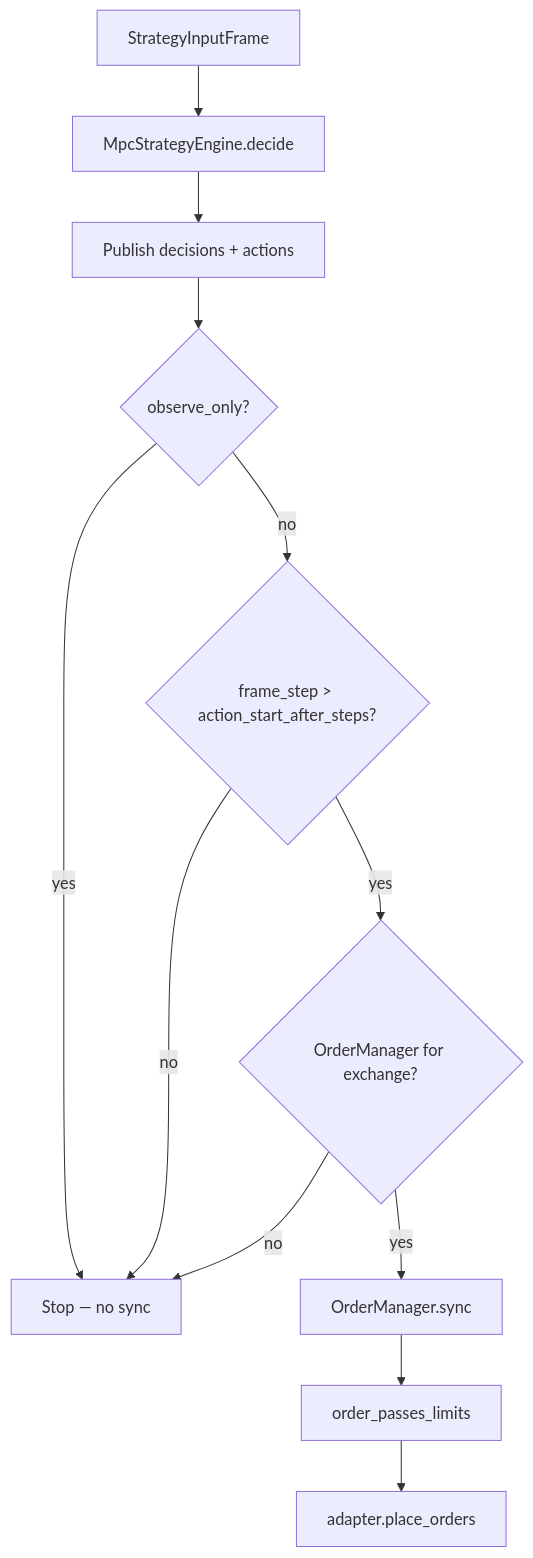
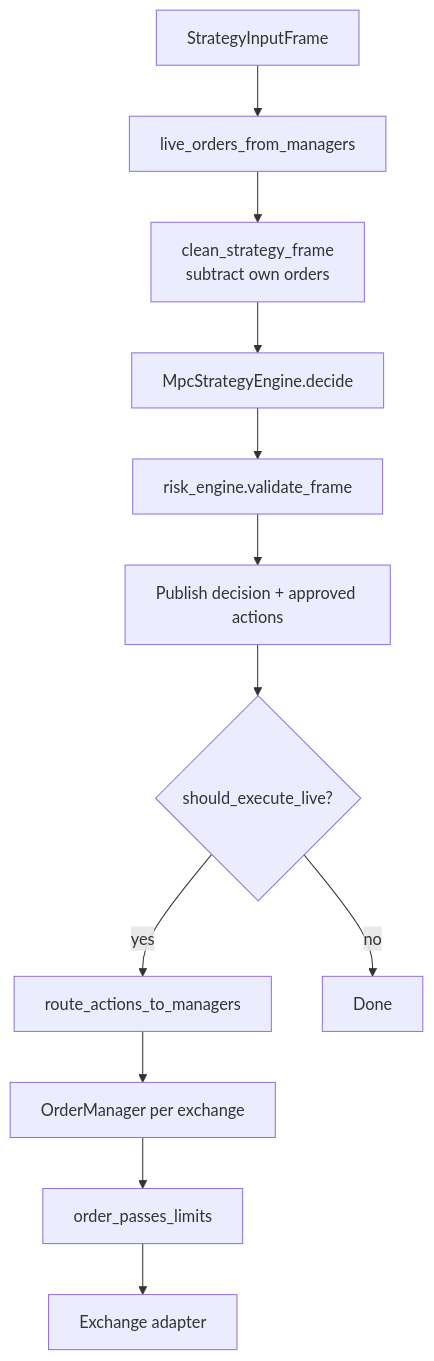
Before and after one commit to golipour/market-maker: the diagram in docs/controller-and-execution.md, drawn with Mermaid. The commit also changed other lines of this file and 26 other files, not shown here.

First line of the commit message:
Refactor market-making architecture to consolidate strategy execution and enhance risk management

````diff
--- a/docs/controller-and-execution.md
+++ b/docs/controller-and-execution.md
@@ -14,14 +7,14 @@
 ```mermaid
 flowchart TD
-  F[StrategyInputFrame] --> D[MpcStrategyEngine.decide]
-  D --> P[Publish decisions + actions]
-  P --> G1{observe_only?}
-  G1 -->|yes| X[Stop — no sync]
-  G1 -->|no| G2{frame_step > action_start_after_steps?}
-  G2 -->|no| X
-  G2 -->|yes| G3{OrderManager for exchange?}
-  G3 -->|no| X
-  G3 -->|yes| S[OrderManager.sync]
-  S --> V[order_passes_limits]
-  V --> A[adapter.place_orders]
+  F[StrategyInputFrame] --> O[live_orders_from_managers]
+  O --> C[clean_strategy_frame<br/>subtract own orders]
+  C --> D[MpcStrategyEngine.decide]
+  D --> R[risk_engine.validate_frame]
+  R --> P[Publish decision + approved actions]
+  P --> G{should_execute_live?}
+  G -->|yes| S[route_actions_to_managers]
+  G -->|no| X[Done]
+  S --> OM[OrderManager per exchange]
+  OM --> V[order_passes_limits]
+  V --> EX[Exchange adapter]
 ```
````
